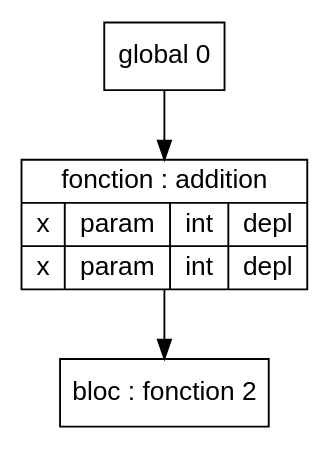
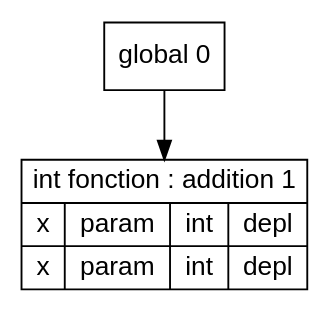
The diagram in Code/out/tds/dot/Test_Erreur_Semantique/fonction1Y.dot (Hamza-ABDOULHOUSSEN/compil), drawn with Graphviz before and after one commit. The commit also changed 51 other files, not shown here.

```diff
--- a/Code/out/tds/dot/Test_Erreur_Semantique/fonction1Y.dot
+++ b/Code/out/tds/dot/Test_Erreur_Semantique/fonction1Y.dot
@@ -1,19 +1,15 @@
 digraph "tds"{
 
 	node [fontname="Arial"];
 
-	N2 [shape=record label="{ bloc : fonction  2
-	}"];
-
-	N1 [shape=record label="{ fonction : addition
+	N1 [shape=record label="{ int fonction : addition 1
 	| { x | param | int | depl }
 	| { x | param | int | depl }
 	}"];
 
 	N0 [shape=record label="{ global 0
 	}"];
 
 
 	N0 -> N1; 
-	N1 -> N2; 
 }
```
